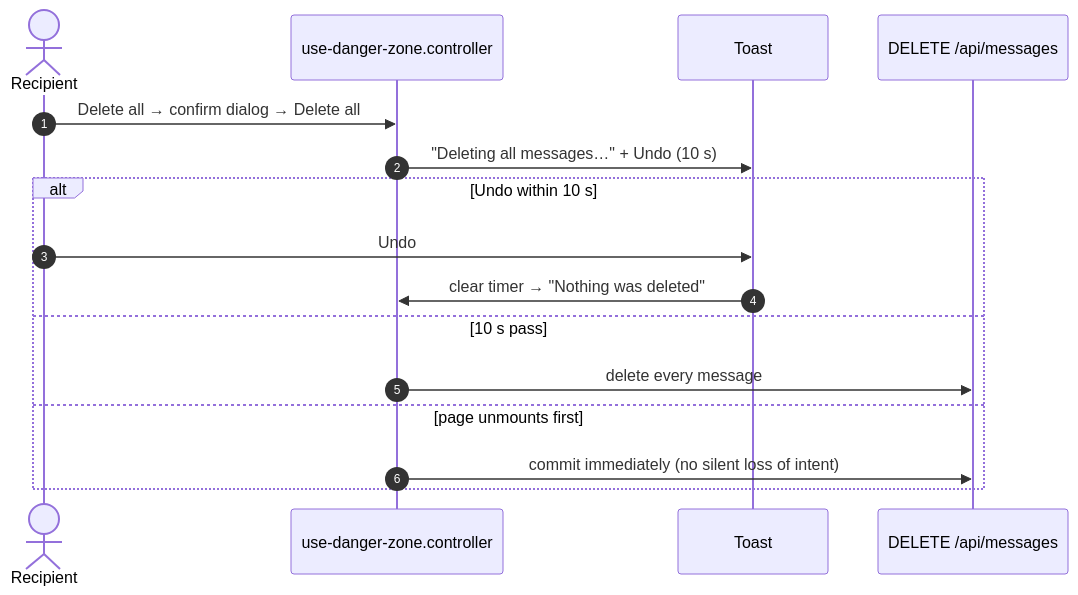
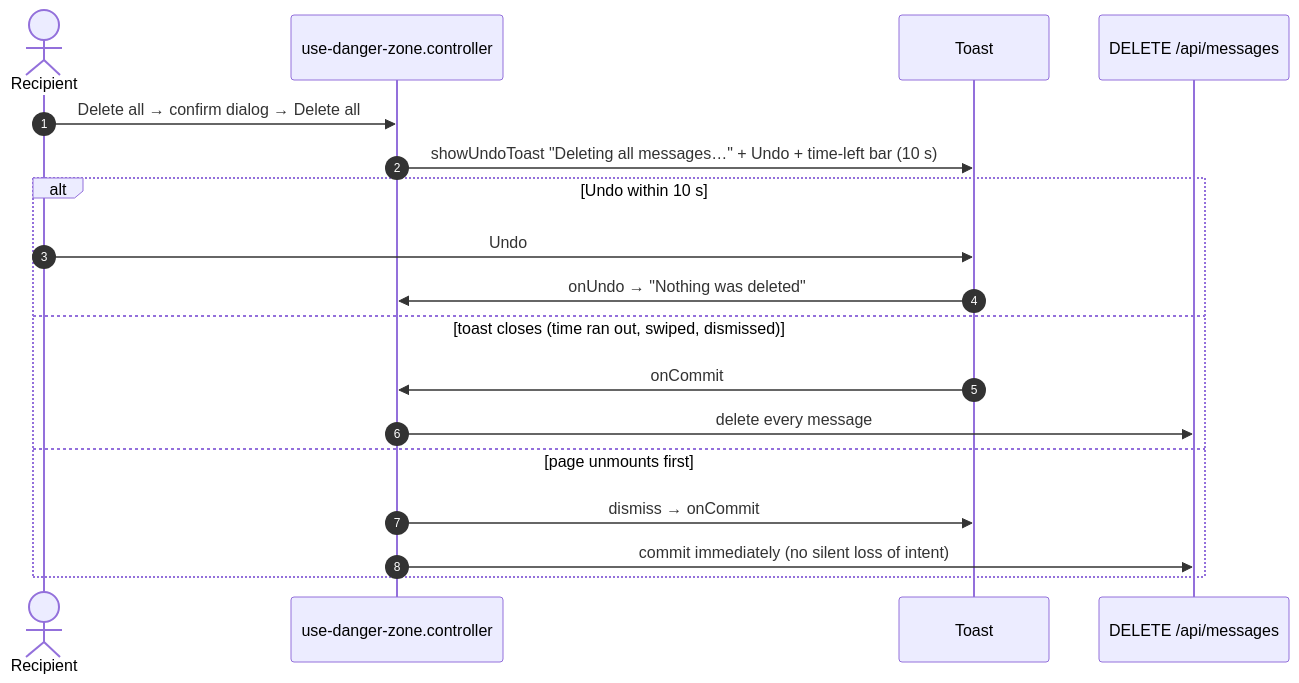
The fifth of 6 diagrams in docs/14-ui-screens-and-user-flows.md (Abbas4tech/GhostMsg), drawn with Mermaid before and after one commit. The commit also changed other lines of this file and 284 other files, not shown here.

````diff
--- a/docs/14-ui-screens-and-user-flows.md
+++ b/docs/14-ui-screens-and-user-flows.md
@@ -183,19 +186,21 @@
 ```mermaid
 sequenceDiagram
     autonumber
     actor R as Recipient
     participant DZ as use-danger-zone.controller
     participant T as Toast
     participant API as DELETE /api/messages
 
     R->>DZ: Delete all → confirm dialog → Delete all
-    DZ->>T: "Deleting all messages…" + Undo (10 s)
+    DZ->>T: showUndoToast "Deleting all messages…" + Undo + time-left bar (10 s)
     alt Undo within 10 s
         R->>T: Undo
-        T->>DZ: clear timer → "Nothing was deleted"
-    else 10 s pass
+        T->>DZ: onUndo → "Nothing was deleted"
+    else toast closes (time ran out, swiped, dismissed)
+        T->>DZ: onCommit
         DZ->>API: delete every message
     else page unmounts first
+        DZ->>T: dismiss → onCommit
         DZ->>API: commit immediately (no silent loss of intent)
     end
 ```
````
